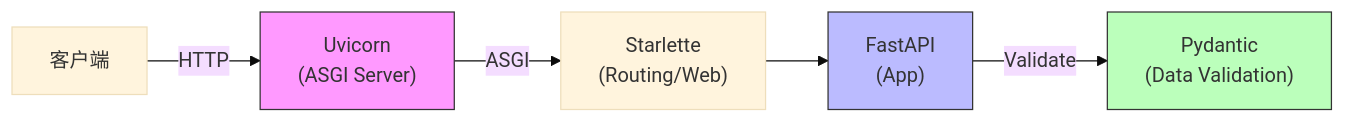
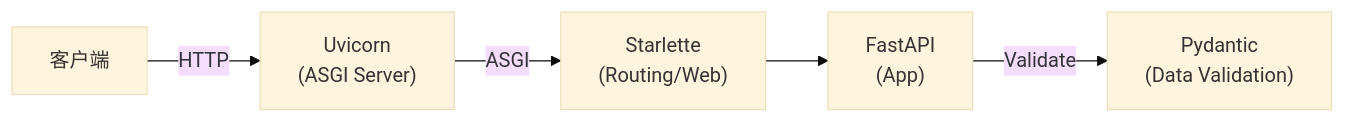
The diagram in fastapi/01-简介与安装.md (Devliang24/bloghub), drawn with Mermaid (base theme) before and after one commit. The commit also changed 8 other files, not shown here.

Commit message:
🎨 移除 Mermaid 流程图的节点颜色样式

````diff
--- a/fastapi/01-简介与安装.md
+++ b/fastapi/01-简介与安装.md
@@ -14,11 +14,8 @@
 ```mermaid
 graph LR
     Client[客户端] -- HTTP --> Uvicorn["Uvicorn<br>(ASGI Server)"]
     Uvicorn -- ASGI --> Starlette["Starlette<br>(Routing/Web)"]
     Starlette --> FastAPI["FastAPI<br>(App)"]
     FastAPI -- Validate --> Pydantic["Pydantic<br>(Data Validation)"]
     
-    style Uvicorn fill:#f9f,stroke:#333
-    style FastAPI fill:#bbf,stroke:#333
-    style Pydantic fill:#bfb,stroke:#333
 ```
````
